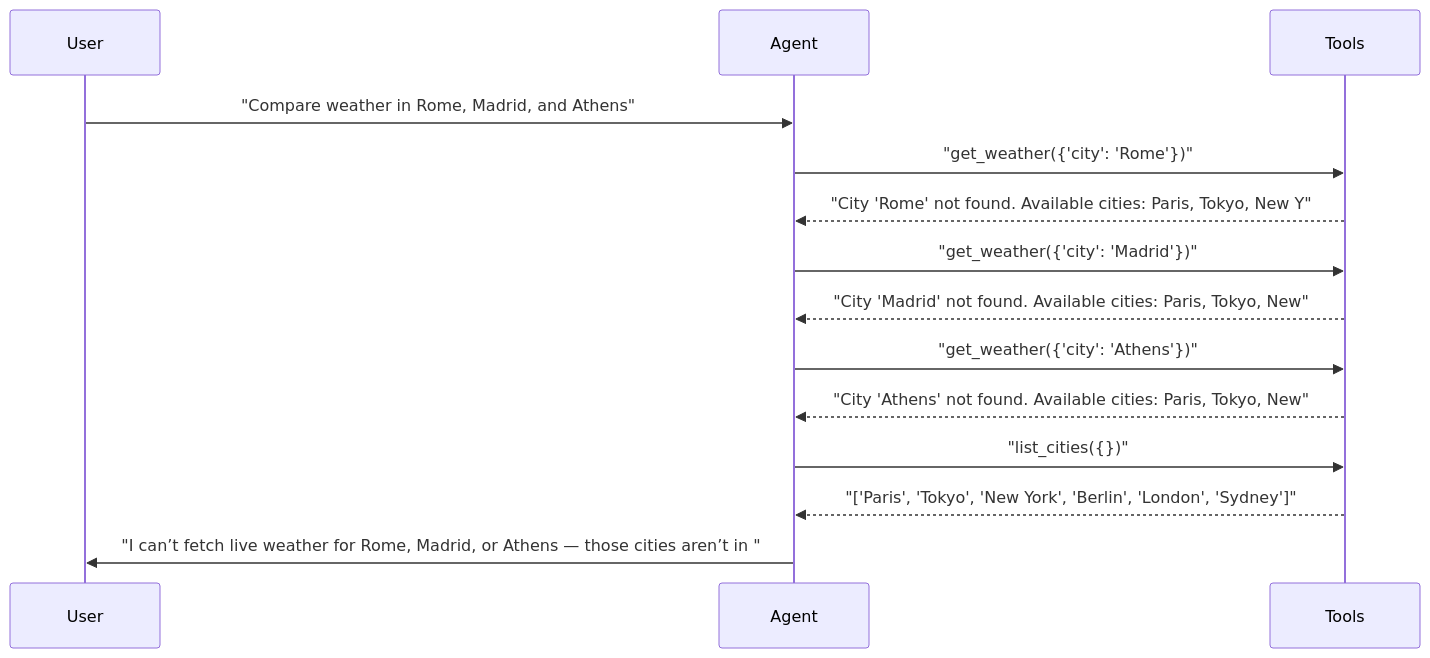
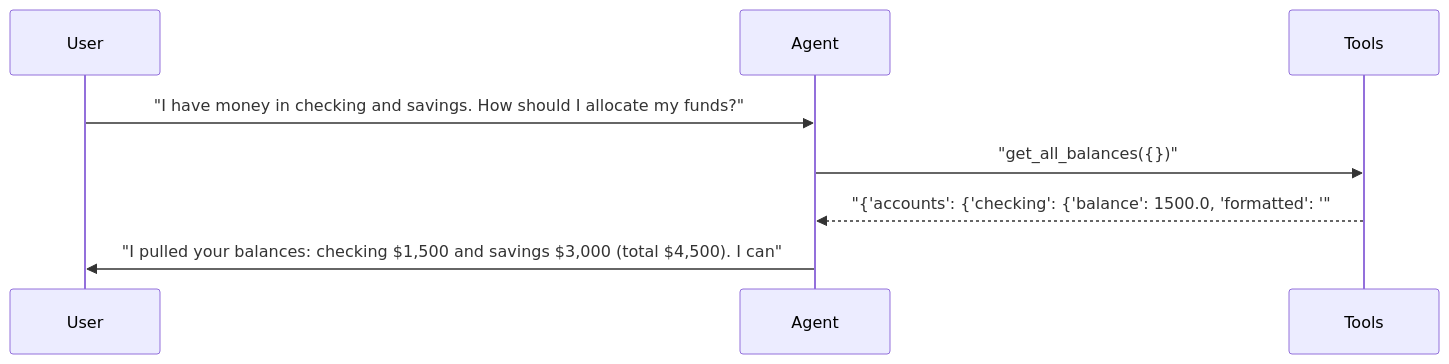
The fourth of 6 diagrams in docs/reports/04_agent_selector.md (sbroenne/pytest-aitest), drawn with Mermaid before and after one commit. The commit also changed other lines of this file and 132 other files, not shown here.

````diff
--- a/docs/reports/04_agent_selector.md
+++ b/docs/reports/04_agent_selector.md
@@ -279,17 +222,11 @@
 ```mermaid
 sequenceDiagram
     participant User
     participant Agent
     participant Tools
 
-    User->>Agent: "Compare weather in Rome, Madrid, and Athens"
-    Agent->>Tools: "get_weather({'city': 'Rome'})"
-    Tools-->>Agent: "City 'Rome' not found. Available cities: Paris, Tokyo, New Y"
-    Agent->>Tools: "get_weather({'city': 'Madrid'})"
-    Tools-->>Agent: "City 'Madrid' not found. Available cities: Paris, Tokyo, New"
-    Agent->>Tools: "get_weather({'city': 'Athens'})"
-    Tools-->>Agent: "City 'Athens' not found. Available cities: Paris, Tokyo, New"
-    Agent->>Tools: "list_cities({})"
-    Tools-->>Agent: "['Paris', 'Tokyo', 'New York', 'Berlin', 'London', 'Sydney']"
-    Agent->>User: "I can’t fetch live weather for Rome, Madrid, or Athens — those cities aren’t in "
+    User->>Agent: "I have money in checking and savings. How should I allocate my funds?"
+    Agent->>Tools: "get_all_balances({})"
+    Tools-->>Agent: "{'accounts': {'checking': {'balance': 1500.0, 'formatted': '"
+    Agent->>User: "I pulled your balances: checking $1,500 and savings $3,000 (total $4,500). I can"
 ```
````
